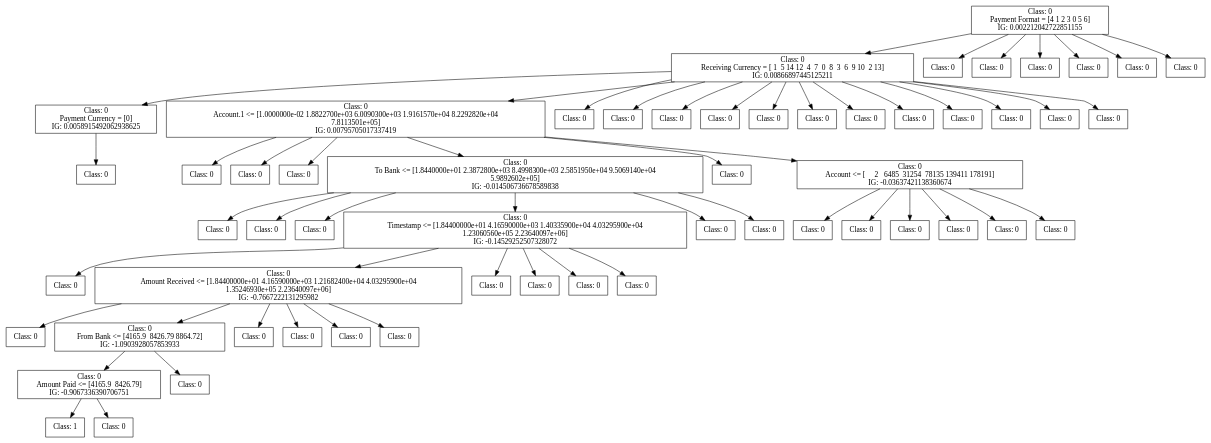
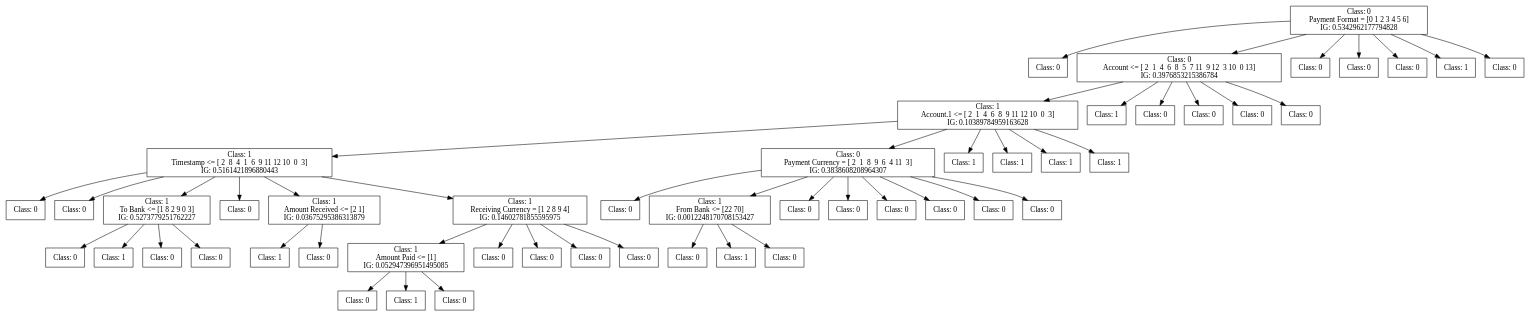
One commit to FedericoBruzzone/anti-money-laundering changed the diagram in dot_figs/tree-id3.dot. Above: the diagram before and after it, drawn with Graphviz. The commit also changed 14 other files, not shown here.

```diff
--- a/dot_figs/tree-id3.dot
+++ b/dot_figs/tree-id3.dot
@@ -1,188 +1,166 @@
 digraph DecisionTree {
 	rankdir=TD;
 	node [shape=box];
-	140446008335696 [label="Class: 0
-Payment Format = [4 1 2 3 0 5 6]
-IG: 0.002212042722851155"];
-	140445856805552 [label="Class: 0
-Receiving Currency = [ 1  5 14 12  4  7  0  8  3  6  9 10  2 13]
-IG: 0.00866897445125211"];
-	140446008335696 -> 140445856805552;
-	140445856807856 [label="Class: 0
-Payment Currency = [0]
-IG: 0.0058915492062938625"];
-	140445856805552 -> 140445856807856;
-	140445856805888 [label="Class: 0
+	140418167752352 [label="Class: 0
+Payment Format = [0 1 2 3 4 5 6]
+IG: 0.5342962177794828"];
+	140416109631216 [label="Class: 0
 "];
-	140445856807856 -> 140445856805888;
-	140445856801808 [label="Class: 0
-Account.1 <= [1.0000000e-02 1.8822700e+03 6.0090300e+03 1.9161570e+04 8.2292820e+04
- 7.8113501e+05]
-IG: 0.00795705017337419"];
-	140445856805552 -> 140445856801808;
-	140445856805696 [label="Class: 0
+	140418167752352 -> 140416109631216;
+	140416109633232 [label="Class: 0
+Account <= [ 2  1  4  6  8  5  7 11  9 12  3 10  0 13]
+IG: 0.3976853215386784"];
+	140418167752352 -> 140416109633232;
+	140416109633088 [label="Class: 1
+Account.1 <= [ 2  1  4  6  8  9 11 12 10  0  3]
+IG: 0.10389784959163628"];
+	140416109633232 -> 140416109633088;
+	140416109632560 [label="Class: 1
+Timestamp <= [ 2  8  4  1  6  9 11 12 10  0  3]
+IG: 0.5161421896880443"];
+	140416109633088 -> 140416109632560;
+	140416109636160 [label="Class: 0
 "];
-	140445856801808 -> 140445856805696;
-	140445856803440 [label="Class: 0
+	140416109632560 -> 140416109636160;
+	140416109627280 [label="Class: 0
 "];
-	140445856801808 -> 140445856803440;
-	140445856806944 [label="Class: 0
+	140416109632560 -> 140416109627280;
+	140416109635008 [label="Class: 1
+To Bank <= [1 8 2 9 0 3]
+IG: 0.5273779251762227"];
+	140416109632560 -> 140416109635008;
+	140416109637408 [label="Class: 0
 "];
-	140445856801808 -> 140445856806944;
-	140445856805984 [label="Class: 0
-To Bank <= [1.8440000e+01 2.3872800e+03 8.4998300e+03 2.5851950e+04 9.5069140e+04
- 5.9892602e+05]
-IG: -0.014506736678589838"];
-	140445856801808 -> 140445856805984;
-	140445856807088 [label="Class: 0
+	140416109635008 -> 140416109637408;
+	140416109631312 [label="Class: 1
 "];
-	140445856805984 -> 140445856807088;
-	140445856803536 [label="Class: 0
+	140416109635008 -> 140416109631312;
+	140416109636304 [label="Class: 0
 "];
-	140445856805984 -> 140445856803536;
-	140445856802432 [label="Class: 0
+	140416109635008 -> 140416109636304;
+	140416109636688 [label="Class: 0
 "];
-	140445856805984 -> 140445856802432;
-	140445856803872 [label="Class: 0
-Timestamp <= [1.84400000e+01 4.16590000e+03 1.40335900e+04 4.03295900e+04
- 1.23060560e+05 2.23640097e+06]
-IG: -0.14529252507328072"];
-	140445856805984 -> 140445856803872;
-	140445856891952 [label="Class: 0
+	140416109635008 -> 140416109636688;
+	140416109636112 [label="Class: 0
 "];
-	140445856803872 -> 140445856891952;
-	140445856892144 [label="Class: 0
-Amount Received <= [1.84400000e+01 4.16590000e+03 1.21682400e+04 4.03295900e+04
- 1.35246930e+05 2.23640097e+06]
-IG: -0.7667222131295982"];
-	140445856803872 -> 140445856892144;
-	140445916699936 [label="Class: 0
+	140416109632560 -> 140416109636112;
+	140416109635920 [label="Class: 1
+Amount Received <= [2 1]
+IG: 0.03675295386313879"];
+	140416109632560 -> 140416109635920;
+	140416109637744 [label="Class: 1
 "];
-	140445856892144 -> 140445916699936;
-	140445916699744 [label="Class: 0
-From Bank <= [4165.9  8426.79 8864.72]
-IG: -1.0903928057853933"];
-	140445856892144 -> 140445916699744;
-	140445856891136 [label="Class: 0
-Amount Paid <= [4165.9  8426.79]
-IG: -0.9067336390706751"];
-	140445916699744 -> 140445856891136;
-	140445856893872 [label="Class: 1
+	140416109635920 -> 140416109637744;
+	140416109638176 [label="Class: 0
 "];
-	140445856891136 -> 140445856893872;
-	140445856895312 [label="Class: 0
+	140416109635920 -> 140416109638176;
+	140416109633712 [label="Class: 1
+Receiving Currency = [1 2 8 9 4]
+IG: 0.14602781855595975"];
+	140416109632560 -> 140416109633712;
+	140416109636592 [label="Class: 1
+Amount Paid <= [1]
+IG: 0.052947396951495085"];
+	140416109633712 -> 140416109636592;
+	140416109638560 [label="Class: 0
 "];
-	140445856891136 -> 140445856895312;
-	140445856891856 [label="Class: 0
+	140416109636592 -> 140416109638560;
+	140416109639184 [label="Class: 1
 "];
-	140445916699744 -> 140445856891856;
-	140445916699552 [label="Class: 0
+	140416109636592 -> 140416109639184;
+	140416109628192 [label="Class: 0
 "];
-	140445856892144 -> 140445916699552;
-	140445916699456 [label="Class: 0
+	140416109636592 -> 140416109628192;
+	140416109625408 [label="Class: 0
 "];
-	140445856892144 -> 140445916699456;
-	140445916699792 [label="Class: 0
+	140416109633712 -> 140416109625408;
+	140416109638080 [label="Class: 0
 "];
-	140445856892144 -> 140445916699792;
-	140445916699216 [label="Class: 0
+	140416109633712 -> 140416109638080;
+	140416109634816 [label="Class: 0
 "];
-	140445856892144 -> 140445916699216;
-	140445856892480 [label="Class: 0
+	140416109633712 -> 140416109634816;
+	140416109631936 [label="Class: 0
 "];
-	140445856803872 -> 140445856892480;
-	140445856893584 [label="Class: 0
+	140416109633712 -> 140416109631936;
+	140416109629008 [label="Class: 0
+Payment Currency = [ 2  1  8  9  6  4 11  3]
+IG: 0.3838608208964307"];
+	140416109633088 -> 140416109629008;
+	140416109637984 [label="Class: 0
 "];
-	140445856803872 -> 140445856893584;
-	140445856892816 [label="Class: 0
+	140416109629008 -> 140416109637984;
+	140416109639376 [label="Class: 1
+From Bank <= [22 70]
+IG: 0.0012248170708153427"];
+	140416109629008 -> 140416109639376;
+	140416109640240 [label="Class: 0
 "];
-	140445856803872 -> 140445856892816;
-	140445856891088 [label="Class: 0
+	140416109639376 -> 140416109640240;
+	140416109640432 [label="Class: 1
 "];
-	140445856803872 -> 140445856891088;
-	140445856808096 [label="Class: 0
+	140416109639376 -> 140416109640432;
+	140416109639952 [label="Class: 0
 "];
-	140445856805984 -> 140445856808096;
-	140445856804544 [label="Class: 0
+	140416109639376 -> 140416109639952;
+	140416109636016 [label="Class: 0
 "];
-	140445856805984 -> 140445856804544;
-	140445856807904 [label="Class: 0
+	140416109629008 -> 140416109636016;
+	140416109632032 [label="Class: 0
 "];
-	140445856801808 -> 140445856807904;
-	140445856808912 [label="Class: 0
-Account <= [     2   6485  31254  78135 139411 178191]
-IG: -0.03637421138360674"];
-	140445856801808 -> 140445856808912;
-	140445856893776 [label="Class: 0
+	140416109629008 -> 140416109632032;
+	140416109637456 [label="Class: 0
 "];
-	140445856808912 -> 140445856893776;
-	140445856892960 [label="Class: 0
+	140416109629008 -> 140416109637456;
+	140416109638416 [label="Class: 0
 "];
-	140445856808912 -> 140445856892960;
-	140445856892384 [label="Class: 0
+	140416109629008 -> 140416109638416;
+	140416109634528 [label="Class: 0
 "];
-	140445856808912 -> 140445856892384;
-	140445856893536 [label="Class: 0
+	140416109629008 -> 140416109634528;
+	140416109638896 [label="Class: 0
 "];
-	140445856808912 -> 140445856893536;
-	140445856895648 [label="Class: 0
+	140416109629008 -> 140416109638896;
+	140416109630832 [label="Class: 1
 "];
-	140445856808912 -> 140445856895648;
-	140445856894880 [label="Class: 0
+	140416109633088 -> 140416109630832;
+	140416109629248 [label="Class: 1
 "];
-	140445856808912 -> 140445856894880;
-	140445856800416 [label="Class: 0
+	140416109633088 -> 140416109629248;
+	140416109628480 [label="Class: 1
 "];
-	140445856805552 -> 140445856800416;
-	140445856805792 [label="Class: 0
+	140416109633088 -> 140416109628480;
+	140416109634288 [label="Class: 1
 "];
-	140445856805552 -> 140445856805792;
-	140445856794128 [label="Class: 0
+	140416109633088 -> 140416109634288;
+	140416109634240 [label="Class: 1
 "];
-	140445856805552 -> 140445856794128;
-	140445856806512 [label="Class: 0
+	140416109633232 -> 140416109634240;
+	140416109633856 [label="Class: 0
 "];
-	140445856805552 -> 140445856806512;
-	140445856805408 [label="Class: 0
+	140416109633232 -> 140416109633856;
+	140416109631744 [label="Class: 0
 "];
-	140445856805552 -> 140445856805408;
-	140445856806896 [label="Class: 0
+	140416109633232 -> 140416109631744;
+	140416109631120 [label="Class: 0
 "];
-	140445856805552 -> 140445856806896;
-	140445856808768 [label="Class: 0
+	140416109633232 -> 140416109631120;
+	140416109630256 [label="Class: 0
 "];
-	140445856805552 -> 140445856808768;
-	140445856798832 [label="Class: 0
+	140416109633232 -> 140416109630256;
+	140416109631888 [label="Class: 0
 "];
-	140445856805552 -> 140445856798832;
-	140445856807808 [label="Class: 0
+	140418167752352 -> 140416109631888;
+	140416109632848 [label="Class: 0
 "];
-	140445856805552 -> 140445856807808;
-	140445856796624 [label="Class: 0
+	140418167752352 -> 140416109632848;
+	140416109631840 [label="Class: 0
 "];
-	140445856805552 -> 140445856796624;
-	140445856799888 [label="Class: 0
+	140418167752352 -> 140416109631840;
+	140416109631024 [label="Class: 1
 "];
-	140445856805552 -> 140445856799888;
-	140445856808432 [label="Class: 0
+	140418167752352 -> 140416109631024;
+	140416109632416 [label="Class: 0
 "];
-	140445856805552 -> 140445856808432;
-	140445856799792 [label="Class: 0
-"];
-	140446008335696 -> 140445856799792;
-	140445856802480 [label="Class: 0
-"];
-	140446008335696 -> 140445856802480;
-	140445856797632 [label="Class: 0
-"];
-	140446008335696 -> 140445856797632;
-	140445856803920 [label="Class: 0
-"];
-	140446008335696 -> 140445856803920;
-	140445856799072 [label="Class: 0
-"];
-	140446008335696 -> 140445856799072;
-	140445856804496 [label="Class: 0
-"];
-	140446008335696 -> 140445856804496;
+	140418167752352 -> 140416109632416;
 }
```
